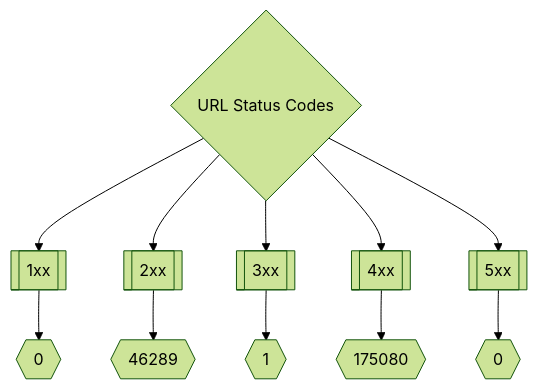
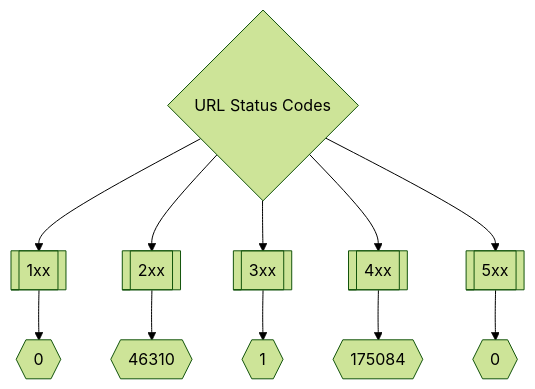
One commit to trickest/inventory changed the second of 3 diagrams in README.md. Above: the diagram before and after it, drawn with Mermaid (forest theme). The commit also changed other lines of this file, not shown here.

Commit message:
Update Tue Mar 29 15:49:53 UTC 2022

````diff
--- a/README.md
+++ b/README.md
@@ -173,8 +173,8 @@
 ```mermaid
 graph TD
 title{URL Status Codes} --> 1xx[[1xx]] --> status1xxNum{{0}}
-title --> 2xx[[2xx]] --> status2xxNum{{46289}}
+title --> 2xx[[2xx]] --> status2xxNum{{46310}}
 title --> 3xx[[3xx]] --> status3xxNum{{1}}
-title --> 4xx[[4xx]] --> status4xxNum{{175080}}
+title --> 4xx[[4xx]] --> status4xxNum{{175084}}
 title --> 5xx[[5xx]] --> status5xxNum{{0}}
 ```
````
